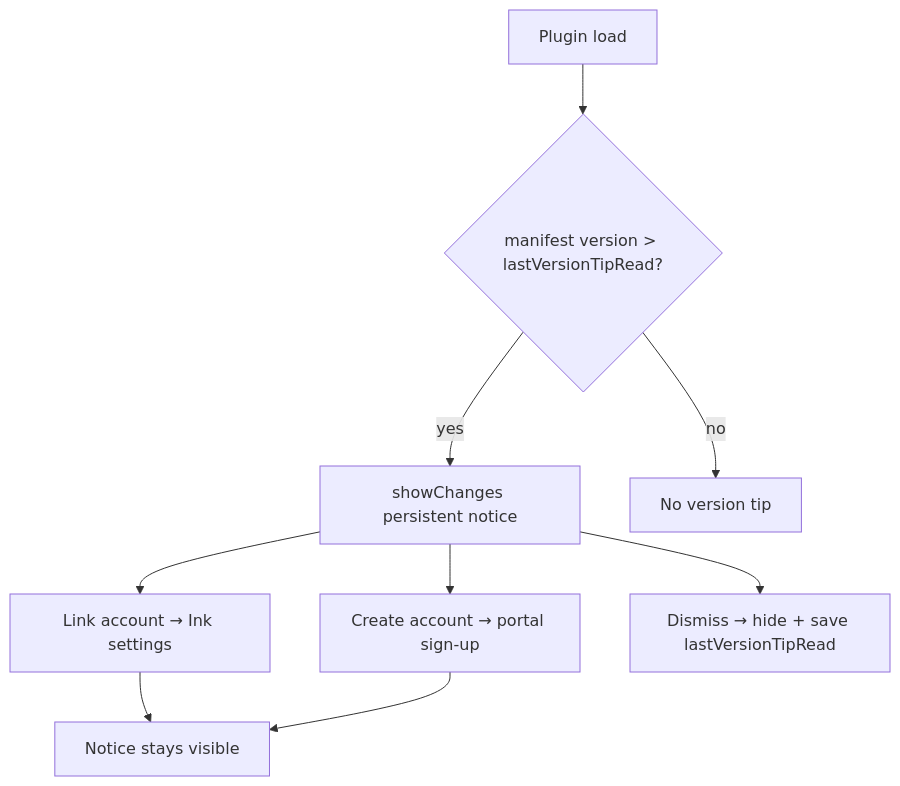
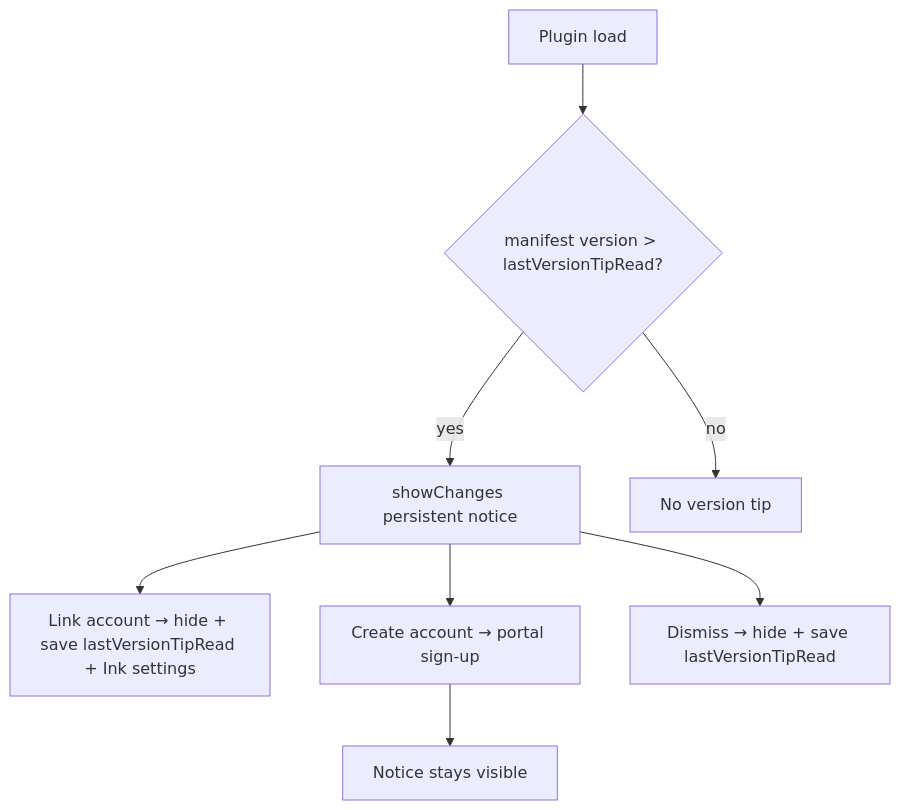
Before and after one commit to daledesilva/obsidian_ink: the diagram in docs/version-and-welcome-notices.md, drawn with Mermaid. The commit also changed other lines of this file and 45 other files, not shown here.

Commit message:
updated: Tried Almost Useful vector tracing before local WASM and flattened page lighting so shadowed handwriting still converts. Closed the version notice on Link account, defaulted Detail to maximum, and packaged photo-trace WASM inside main.js.

````diff
--- a/docs/version-and-welcome-notices.md
+++ b/docs/version-and-welcome-notices.md
@@ -28,11 +28,10 @@
 ```mermaid
 flowchart TD
   Load[Plugin load] --> Semver{manifest version > lastVersionTipRead?}
   Semver -->|yes| Show[showChanges persistent notice]
   Semver -->|no| Skip[No version tip]
-  Show --> Link[Link account → Ink settings]
+  Show --> Link[Link account → hide + save lastVersionTipRead + Ink settings]
   Show --> Create[Create account → portal sign-up]
   Show --> Dismiss[Dismiss → hide + save lastVersionTipRead]
-  Link --> StayOpen[Notice stays visible]
-  Create --> StayOpen
+  Create --> StayOpen[Notice stays visible]
 ```
````
